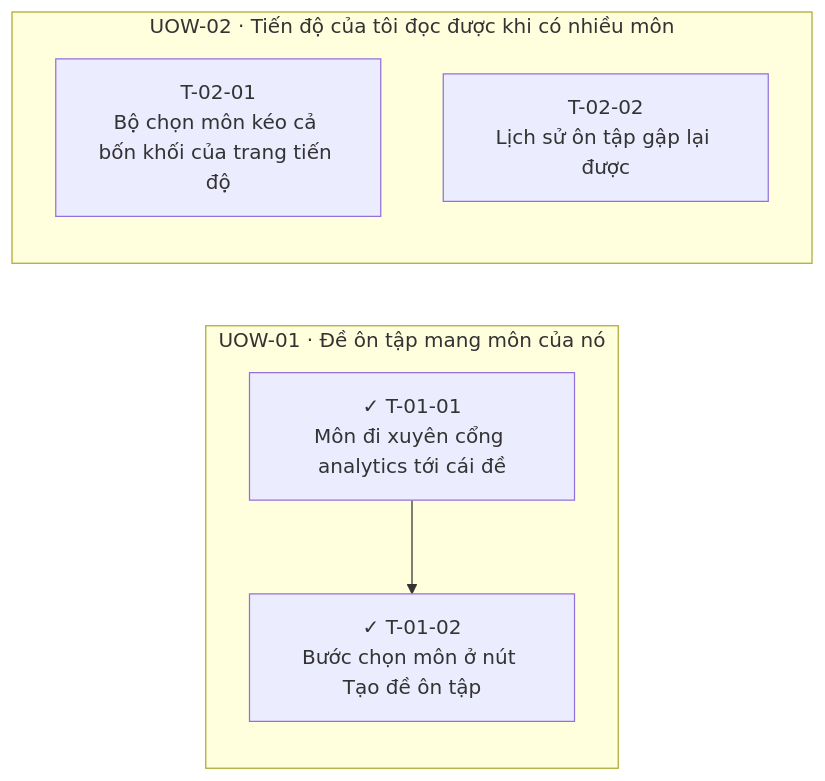
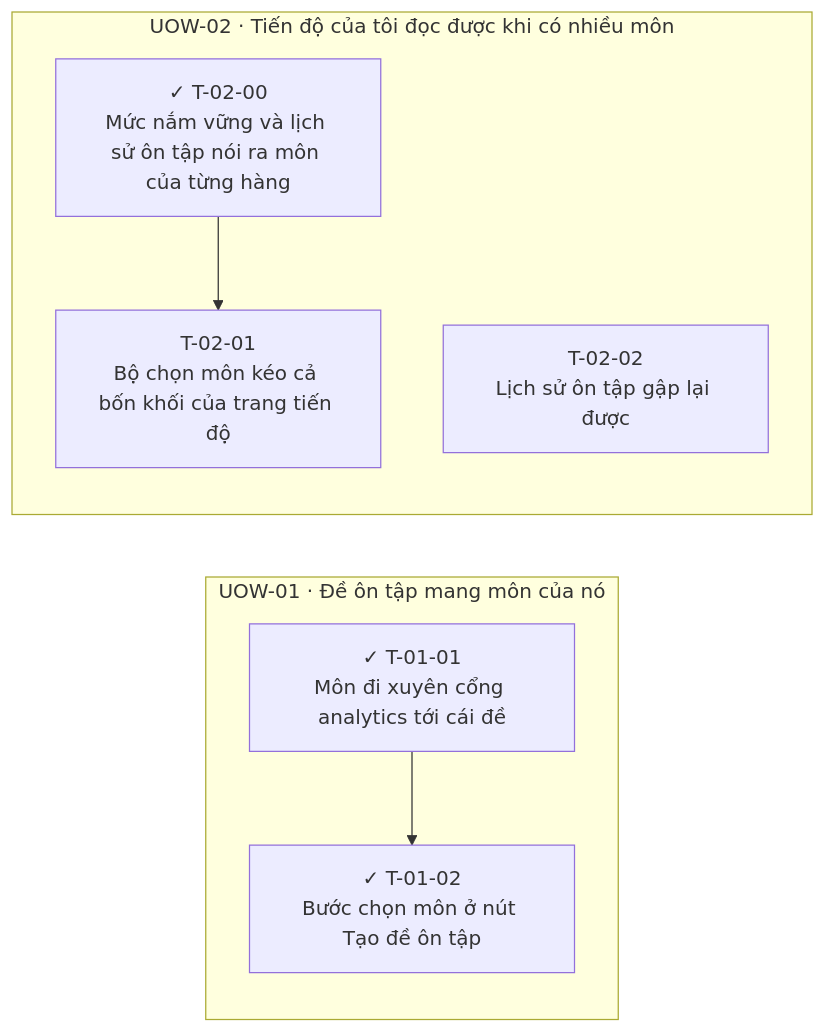
One commit to LocTran12310/examind changed the diagram in .ai/features/2026092602-student-side-subjects/05-ticket-graph.md. Above: the diagram before and after it, drawn with Mermaid. The commit also changed other lines of this file and 14 other files, not shown here.

First line of the commit message:
feat(api): mức nắm vững và lịch sử ôn tập nói ra môn của từng hàng

````diff
--- a/.ai/features/2026092602-student-side-subjects/05-ticket-graph.md
+++ b/.ai/features/2026092602-student-side-subjects/05-ticket-graph.md
@@ -23,12 +23,14 @@
 ```mermaid
 graph LR
   subgraph UOW_01["UOW-01 · Đề ôn tập mang môn của nó"]
     T_01_01["✓ T-01-01<br/>Môn đi xuyên cổng analytics tới cái đề"]
     T_01_02["✓ T-01-02<br/>Bước chọn môn ở nút Tạo đề ôn tập"]
   end
   subgraph UOW_02["UOW-02 · Tiến độ của tôi đọc được khi có nhiều môn"]
+    T_02_00["✓ T-02-00<br/>Mức nắm vững và lịch sử ôn tập nói ra môn của từng hàng"]
     T_02_01["T-02-01<br/>Bộ chọn môn kéo cả bốn khối của trang tiến độ"]
     T_02_02["T-02-02<br/>Lịch sử ôn tập gập lại được"]
   end
   T_01_01 --> T_01_02
+  T_02_00 --> T_02_01
 ```
````
